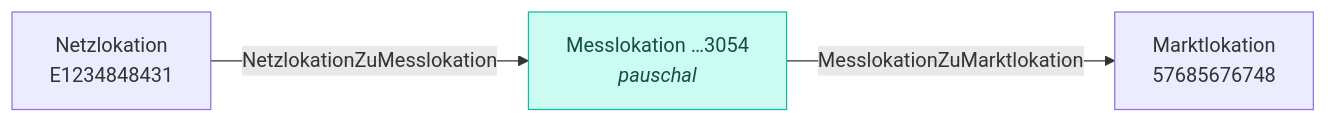
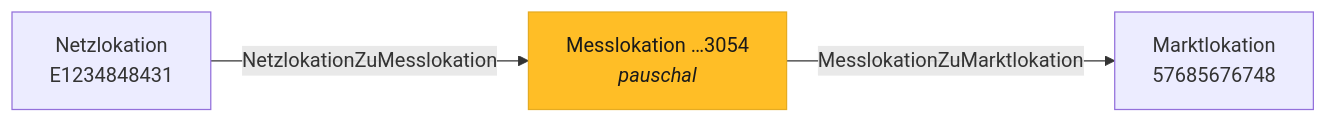
Before and after one commit to engrate/mako-api-referenzentwurf: the second of 3 diagrams in architektur/datenmodell.mdx, drawn with Mermaid. The commit also changed other lines of this file and 15 other files, not shown here.

````diff
--- a/architektur/datenmodell.mdx
+++ b/architektur/datenmodell.mdx
@@ -149,11 +149,11 @@
 ```mermaid
 flowchart LR
     NELO["Netzlokation<br/>E1234848431"]
     MELO["Messlokation …3054<br/><i>pauschal</i>"]
     MALO["Marktlokation<br/>57685676748"]
     NELO -->|NetzlokationZuMesslokation| MELO
     MELO -->|MesslokationZuMarktlokation| MALO
 
-    classDef mess fill:#CCFBF1,stroke:#14B8A6,color:#134E4A
-    class MELO mess
+    classDef pauschal fill:#FFBE26,stroke:#E5AB22,color:#1A1A1A
+    class MELO pauschal
 ```
````
